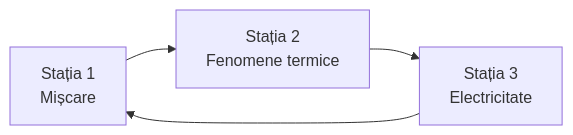
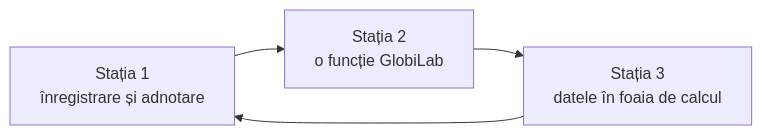
The diagram in sursa/content/la-clasa/anexe/fise-de-statie.md (nudoarmetudor/ghid-labdisc), drawn with Mermaid before and after one commit. The commit also changed other lines of this file and 10 other files, not shown here.

````diff
--- a/sursa/content/la-clasa/anexe/fise-de-statie.md
+++ b/sursa/content/la-clasa/anexe/fise-de-statie.md
@@ -13,4 +16,4 @@
 ```mermaid
 flowchart LR
-  S1["Stația 1<br/>Mișcare"] --> S2["Stația 2<br/>Fenomene termice"] --> S3["Stația 3<br/>Electricitate"] --> S1
+  S1["Stația 1<br/>înregistrare și adnotare"] --> S2["Stația 2<br/>o funcție GlobiLab"] --> S3["Stația 3<br/>datele în foaia de calcul"] --> S1
 ```
````
